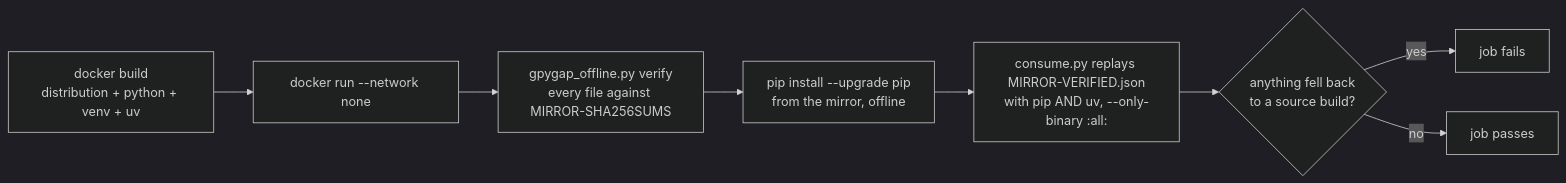
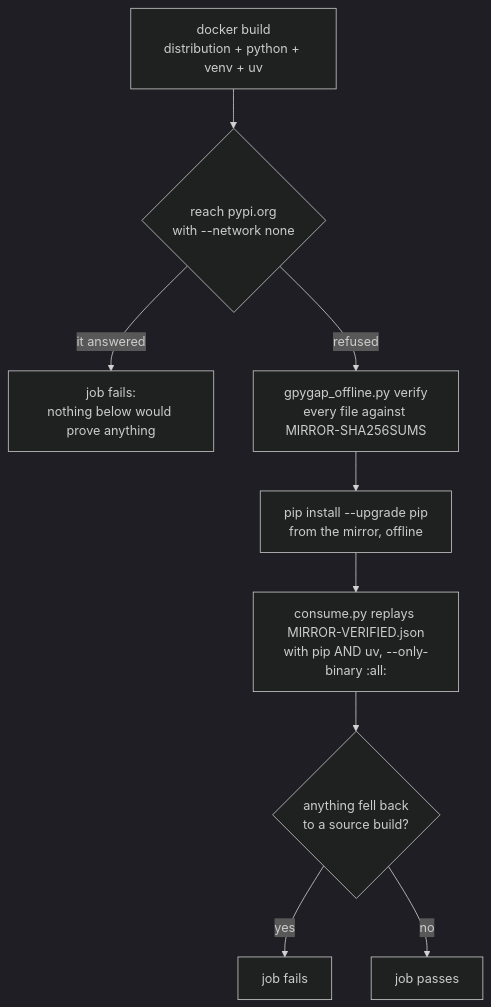
The third of 3 diagrams in docs/ci.md (FPGArtktic/gpygap), drawn with Mermaid (dark theme) before and after one commit. The commit also changed other lines of this file, not shown here.

First line of the commit message:
docs: put the offline control in the diagram, and refresh the numbers

````diff
--- a/docs/ci.md
+++ b/docs/ci.md
@@ -109,10 +111,11 @@
 ```mermaid
-flowchart LR
-    A["docker build<br/>distribution + python + venv + uv"] --> B["docker run --network none"]
-    B --> C["gpygap_offline.py verify<br/>every file against MIRROR-SHA256SUMS"]
+flowchart TD
+    A["docker build<br/>distribution + python + venv + uv"] --> P{"reach pypi.org<br/>with --network none"}
+    P -->|"it answered"| X["job fails:<br/>nothing below would prove anything"]
+    P -->|"refused"| C["gpygap_offline.py verify<br/>every file against MIRROR-SHA256SUMS"]
     C --> D["pip install --upgrade pip<br/>from the mirror, offline"]
     D --> E["consume.py replays MIRROR-VERIFIED.json<br/>with pip AND uv, --only-binary :all:"]
     E --> F{"anything fell back<br/>to a source build?"}
     F -->|yes| G["job fails"]
     F -->|no| H["job passes"]
 ```
````
